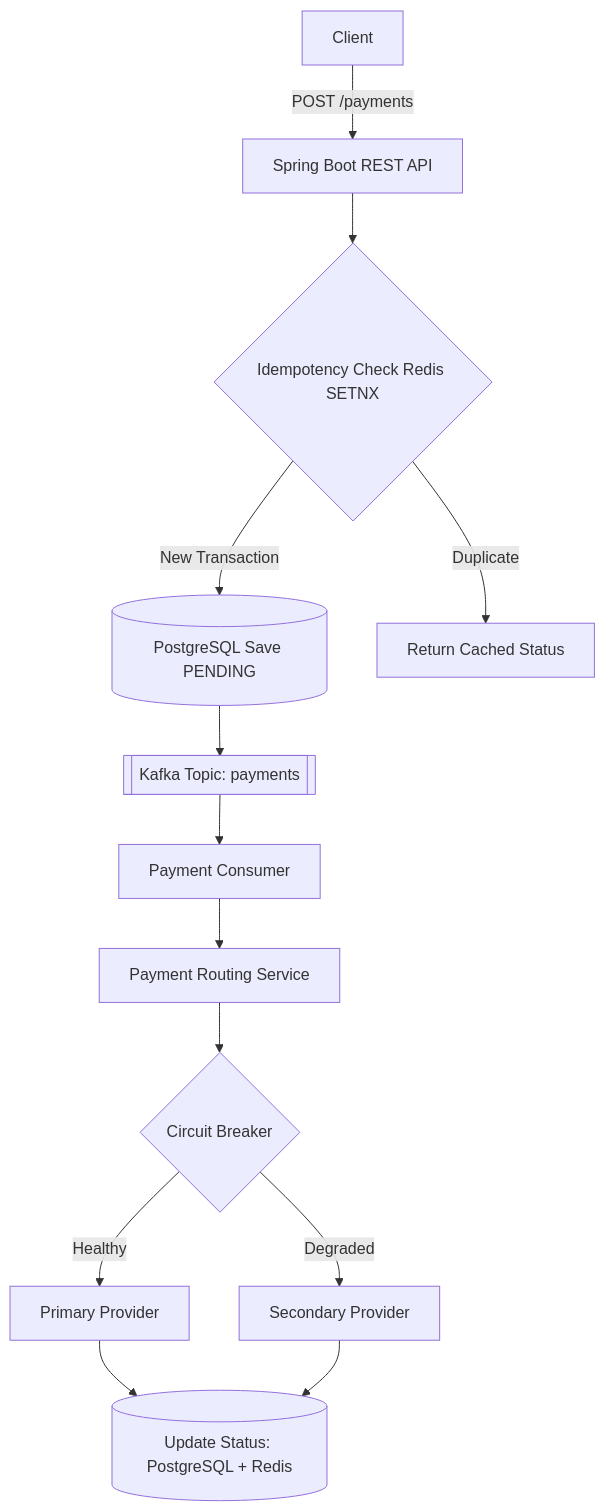
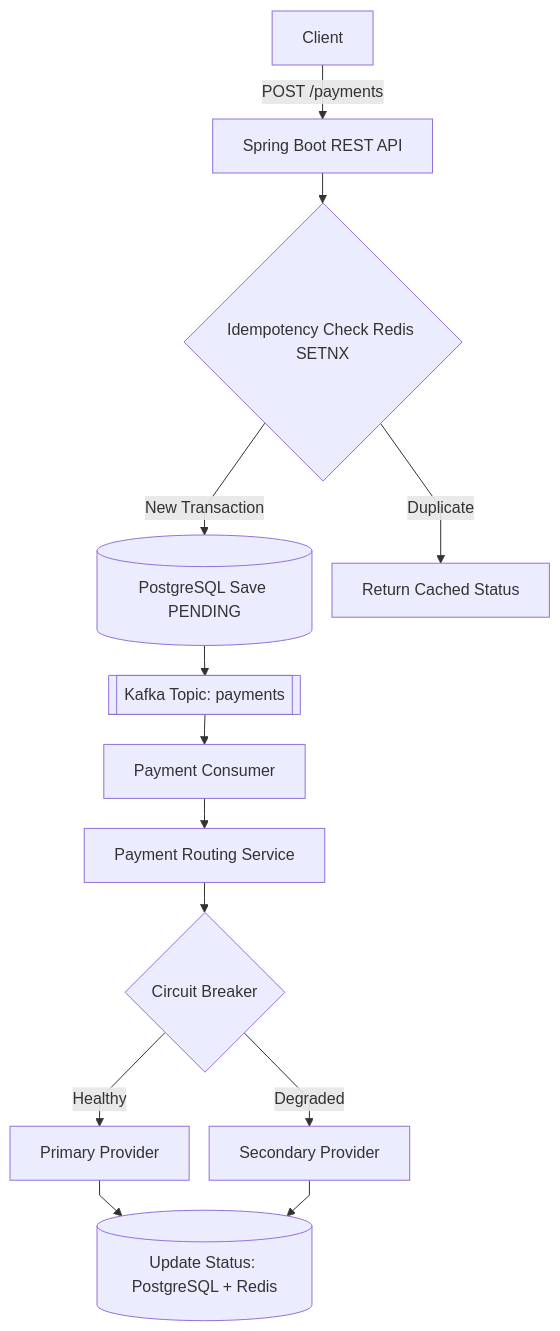
Before and after one commit to RevanthPadala7976/payment-gateway: the first of 2 diagrams in README.md, drawn with Mermaid.

Commit message:
Enhance README with architecture diagram
Added a mermaid diagram to illustrate the architecture of the payment gateway.

````diff
--- a/README.md
+++ b/README.md
@@ -11,15 +11,16 @@
 ```mermaid
+%%{init: {'theme': 'default', 'flowchart': {'nodeSpacing': 20, 'rankSpacing': 30, 'fontSize': 13, 'curve': 'linear'}}}%%
 flowchart TD
     A[Client] -->|POST /payments| B[Spring Boot REST API]
     B --> C{Idempotency Check Redis SETNX}
     C -->|New Transaction| D[(PostgreSQL Save PENDING)]
     D --> E[[Kafka Topic: payments]]
     E --> F[Payment Consumer]
     F --> G[Payment Routing Service]
     G --> H{Circuit Breaker}
     H -->|Healthy| I[Primary Provider]
     H -->|Degraded| J[Secondary Provider]
     I --> K[(Update Status: PostgreSQL + Redis)]
     J --> K
     C -->|Duplicate| L[Return Cached Status]
 ```
````
